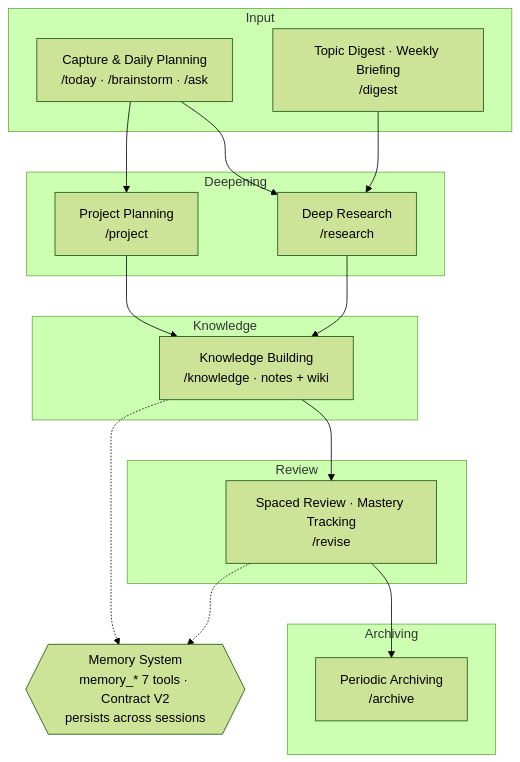
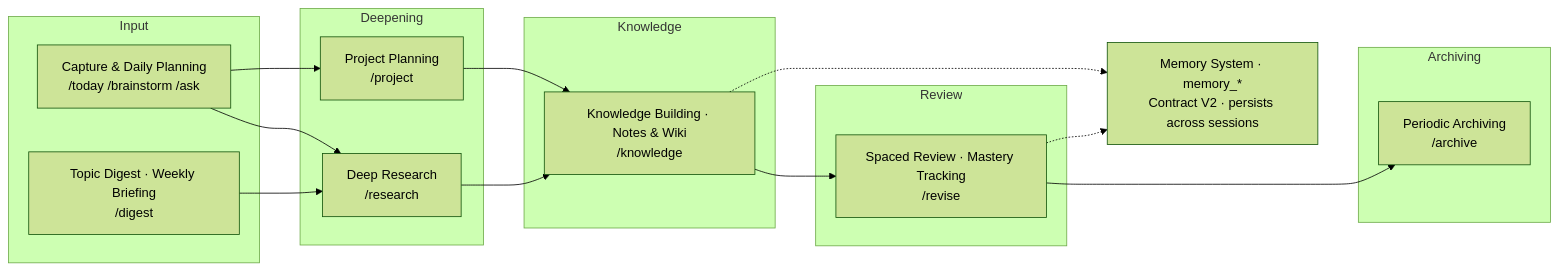
The diagram in assets/lifeos-workflow.en.mmd (luneth90/lifeos), drawn with Mermaid (forest theme) before and after one commit. The commit also changed 5 other files, not shown here.

Commit message:
docs: switch workflow diagram to horizontal layout and move above Why Build section

```diff
--- a/assets/lifeos-workflow.en.mmd
+++ b/assets/lifeos-workflow.en.mmd
@@ -1,34 +1,35 @@
-flowchart TD
+flowchart LR
     subgraph Input["Input"]
-        Capture["Capture & Daily Planning<br/>/today · /brainstorm · /ask"]
+        Capture["Capture & Daily Planning<br/>/today /brainstorm /ask"]
         Digest["Topic Digest · Weekly Briefing<br/>/digest"]
     end
 
     subgraph Deep["Deepening"]
         Research["Deep Research<br/>/research"]
         Project["Project Planning<br/>/project"]
     end
 
     subgraph Learn["Knowledge"]
-        Knowledge["Knowledge Building<br/>/knowledge · notes + wiki"]
+        Knowledge["Knowledge Building · Notes & Wiki<br/>/knowledge"]
     end
 
     subgraph Rev["Review"]
         Revise["Spaced Review · Mastery Tracking<br/>/revise"]
     end
 
     subgraph ArchiveL["Archiving"]
         Archive["Periodic Archiving<br/>/archive"]
     end
 
     Capture --> Research
     Capture --> Project
     Digest --> Research
     Research --> Knowledge
     Project --> Knowledge
     Knowledge --> Revise
     Revise --> Archive
 
-    Memory{{"Memory System<br/>memory_* 7 tools · Contract V2<br/>persists across sessions"}}
+    Memory["Memory System · memory_*<br/>Contract V2 · persists across sessions"]
     Knowledge -.-> Memory
     Revise -.-> Memory
+    Memory ~~~ Archive
```
